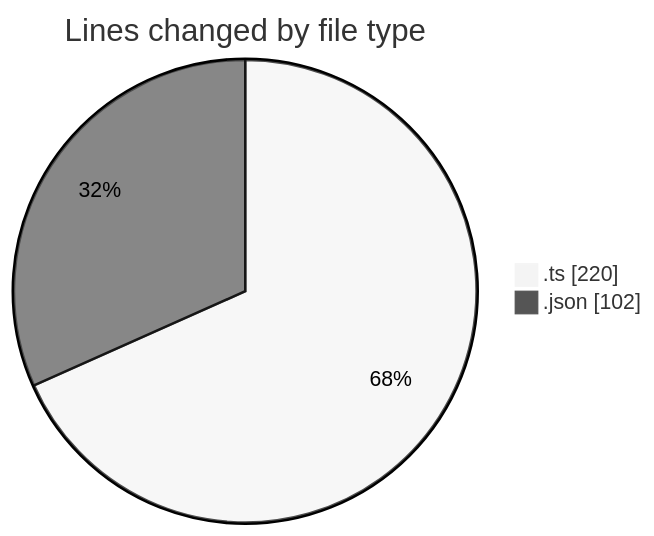
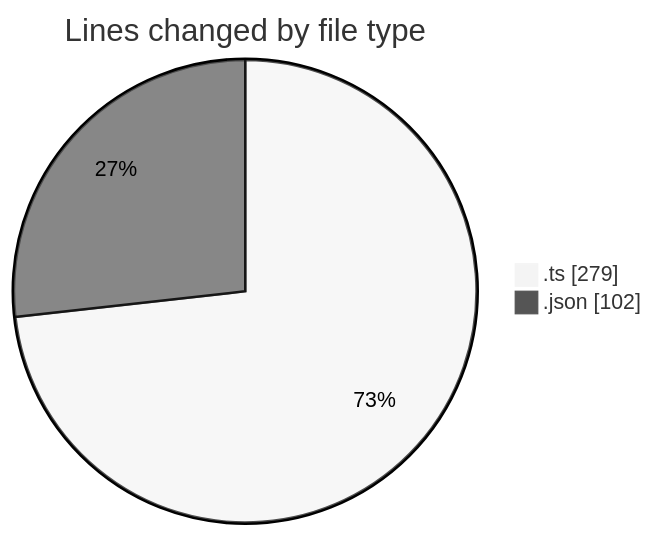
The first of 2 diagrams in 2026-03-30/cinema/README.md (igalym/code-tracking), drawn with Mermaid (neutral theme) before and after one commit. The commit also changed other lines of this file and 1 other file, not shown here.

````diff
--- a/2026-03-30/cinema/README.md
+++ b/2026-03-30/cinema/README.md
@@ -31,6 +32,6 @@
 ```mermaid
 pie showData
 title Lines changed by file type
-".ts" : 220
+".ts" : 279
 ".json" : 102
 ```
````
